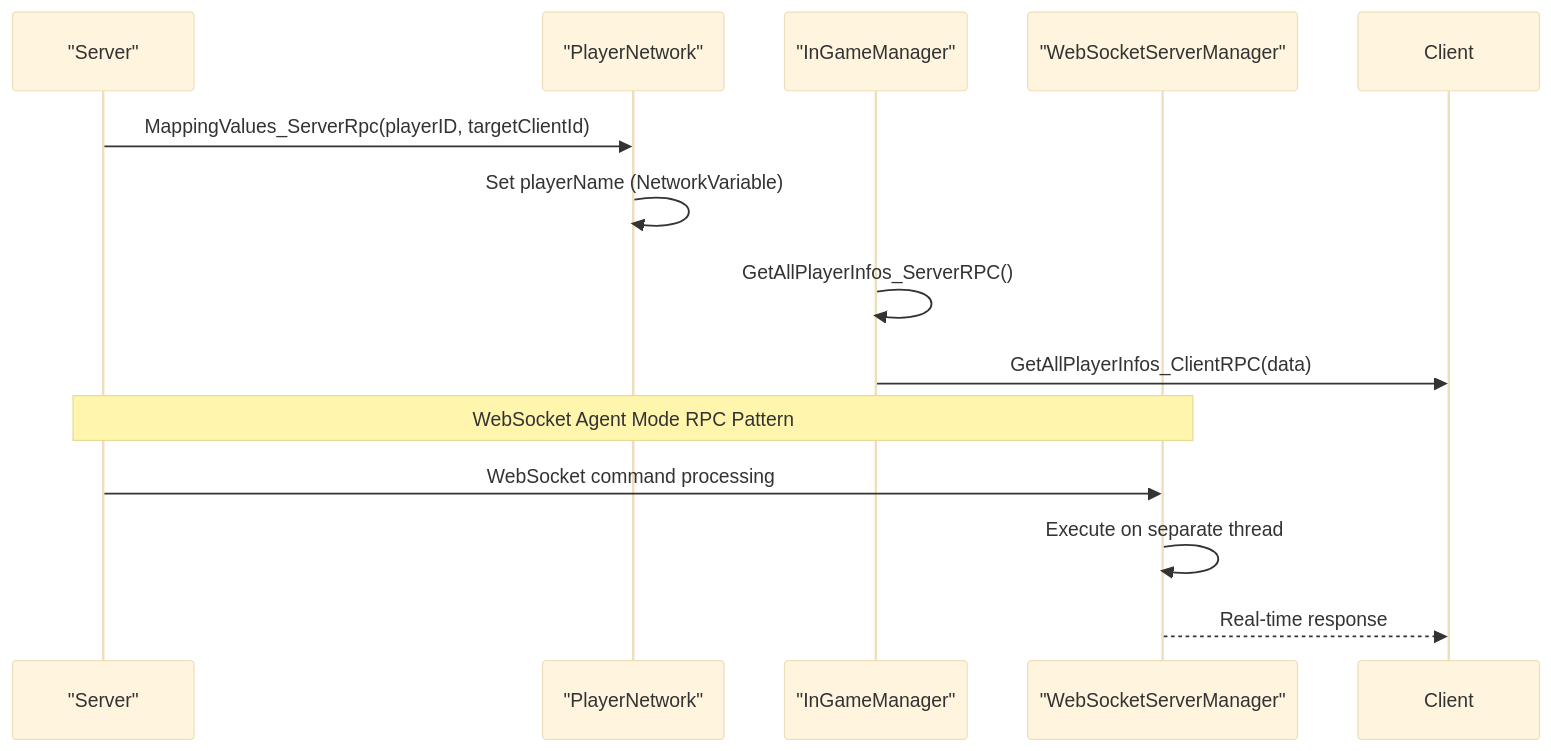
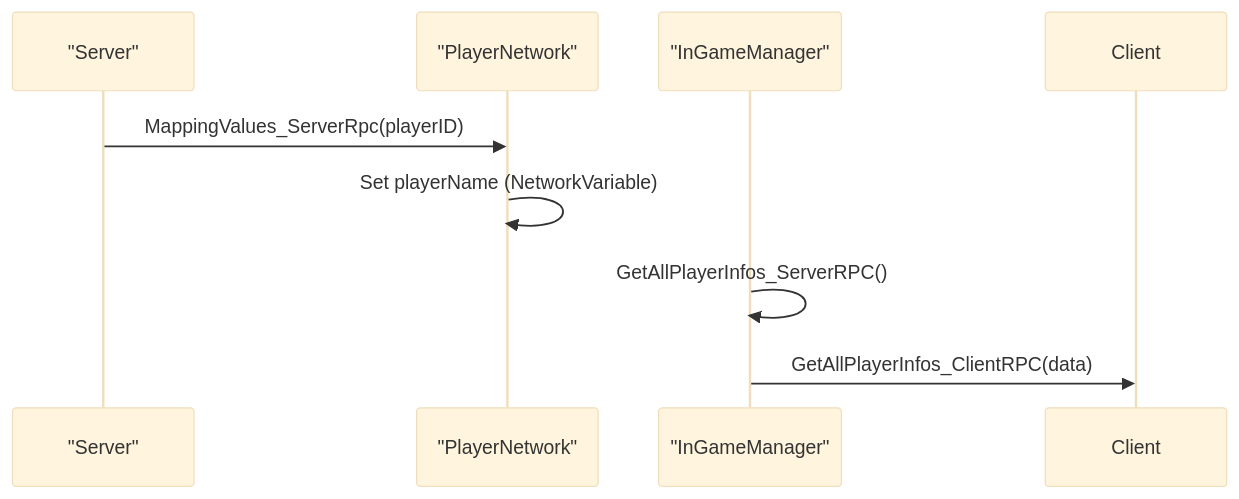
One commit to kandeng/AI-Controlled-battle-game changed the sixth of 7 diagrams in .qoder/repowiki/en/content/Multiplayer System/Multiplayer System.md. Above: the diagram before and after it, drawn with Mermaid (base theme). The commit also changed other lines of this file and 6 other files, not shown here.

First line of the commit message:
Fix single-player mode - NetworkManager not starting

````diff
--- a/.qoder/repowiki/en/content/Multiplayer System/Multiplayer System.md
+++ b/.qoder/repowiki/en/content/Multiplayer System/Multiplayer System.md
@@ -323,15 +233,10 @@
 ```mermaid
 sequenceDiagram
 participant Server as "Server"
 participant PN as "PlayerNetwork"
 participant IG as "InGameManager"
-participant WS as "WebSocketServerManager"
-Server->>PN : MappingValues_ServerRpc(playerID, targetClientId)
+Server->>PN : MappingValues_ServerRpc(playerID)
 PN->>PN : Set playerName (NetworkVariable)
 IG->>IG : GetAllPlayerInfos_ServerRPC()
 IG->>Client : GetAllPlayerInfos_ClientRPC(data)
-Note over Server,WS : WebSocket Agent Mode RPC Pattern
-Server->>WS : WebSocket command processing
-WS->>WS : Execute on separate thread
-WS-->>Client : Real-time response
 ```
````
